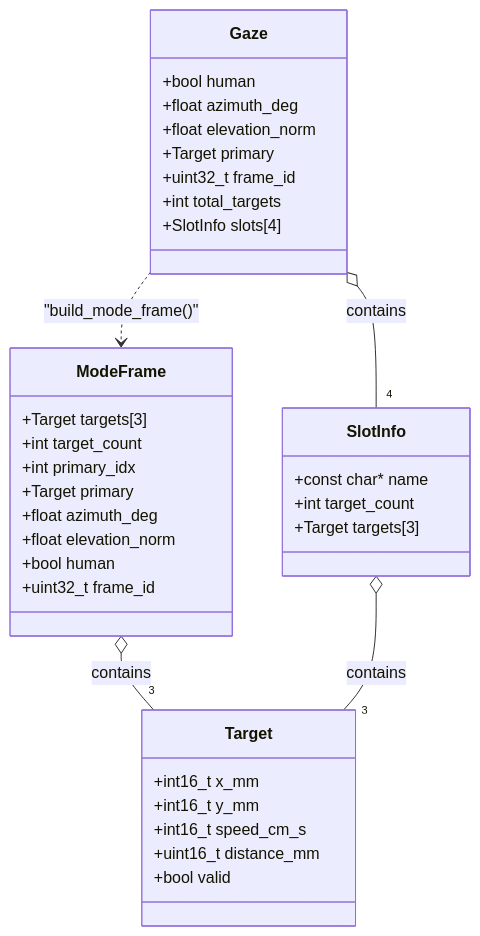
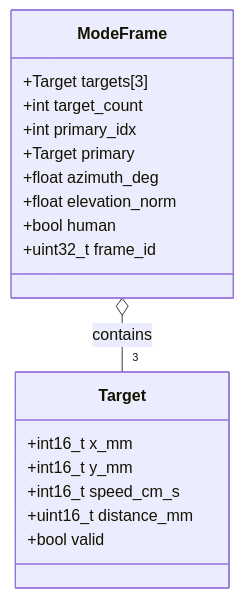
Before and after one commit to IanEngebrecht/EyeN: the third of 10 diagrams in docs/software-design.md, drawn with Mermaid. The commit also changed other lines of this file, not shown here.

Commit message:
docs: remove Gaze/SlotInfo from data types diagram
These are radar-internal types that don't cross the queue boundary.
Only Target and ModeFrame matter for understanding the system.

````diff
--- a/docs/software-design.md
+++ b/docs/software-design.md
@@ -88,44 +88,23 @@
 ```mermaid
 classDiagram
     class Target {
         +int16_t x_mm
         +int16_t y_mm
         +int16_t speed_cm_s
         +uint16_t distance_mm
         +bool valid
     }
 
     class ModeFrame {
         +Target targets[3]
         +int target_count
         +int primary_idx
         +Target primary
         +float azimuth_deg
         +float elevation_norm
         +bool human
         +uint32_t frame_id
     }
 
     ModeFrame o-- "3" Target : contains
-
-    class Gaze {
-        +bool human
-        +float azimuth_deg
-        +float elevation_norm
-        +Target primary
-        +uint32_t frame_id
-        +int total_targets
-        +SlotInfo slots[4]
-    }
-
-    class SlotInfo {
-        +const char* name
-        +int target_count
-        +Target targets[3]
-    }
-
-    Gaze o-- "4" SlotInfo : contains
-    SlotInfo o-- "3" Target : contains
-
-    Gaze ..> ModeFrame : "build_mode_frame()"
 ```
````
